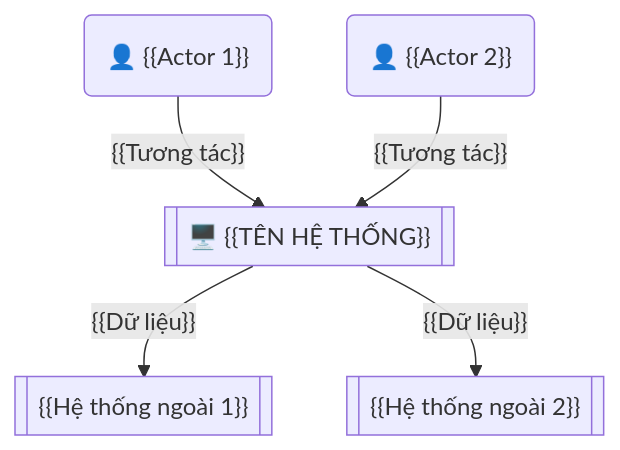
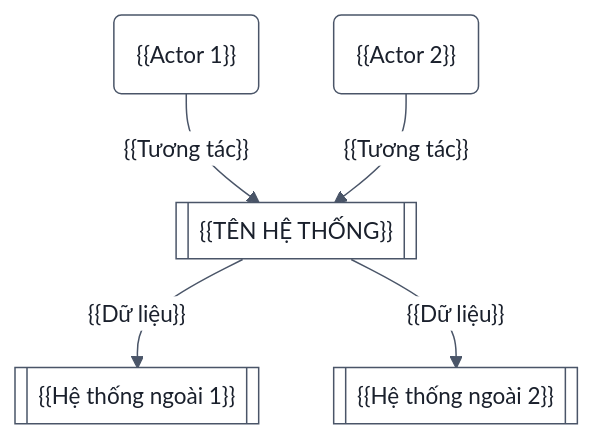
One commit to sonbui31/BA-studies changed the first of 2 diagrams in BA-agent/BA-document-rule/templates/vision-scope.md. Above: the diagram before and after it, drawn with Mermaid. The commit also changed other lines of this file and 97 other files, not shown here.

First line of the commit message:
Add diagram linting and rendering tools with tests

````diff
--- a/BA-agent/BA-document-rule/templates/vision-scope.md
+++ b/BA-agent/BA-document-rule/templates/vision-scope.md
@@ -110,13 +110,14 @@
 ```mermaid
+%%{init: {"theme": "base", "fontFamily": "Arial, Helvetica, sans-serif", "themeVariables": {"fontSize": "15px", "primaryColor": "#FFFFFF", "primaryBorderColor": "#4A5568", "primaryTextColor": "#1A202C", "lineColor": "#4A5568", "secondaryColor": "#F7FAFC", "tertiaryColor": "#F7FAFC", "clusterBkg": "#F7FAFC", "clusterBorder": "#A0AEC0", "edgeLabelBackground": "#FFFFFF", "actorBkg": "#EBF8FF", "actorBorder": "#2B6CB0", "noteBkgColor": "#FFF8E1", "noteBorderColor": "#B7791F"}}}%%
 graph TB
     %% Actors
-    A1("👤 {{Actor 1}}") -->|"{{Tương tác}}"| HT
-    A2("👤 {{Actor 2}}") -->|"{{Tương tác}}"| HT
+    A1("{{Actor 1}}") -->|"{{Tương tác}}"| HT
+    A2("{{Actor 2}}") -->|"{{Tương tác}}"| HT
 
     %% Hệ thống chính
-    HT[["🖥️ {{TÊN HỆ THỐNG}}"]]
+    HT[["{{TÊN HỆ THỐNG}}"]]
 
     %% Hệ thống ngoài
     HT -->|"{{Dữ liệu}}"| EXT1[["{{Hệ thống ngoài 1}}"]]
     HT -->|"{{Dữ liệu}}"| EXT2[["{{Hệ thống ngoài 2}}"]]
 ```
````
